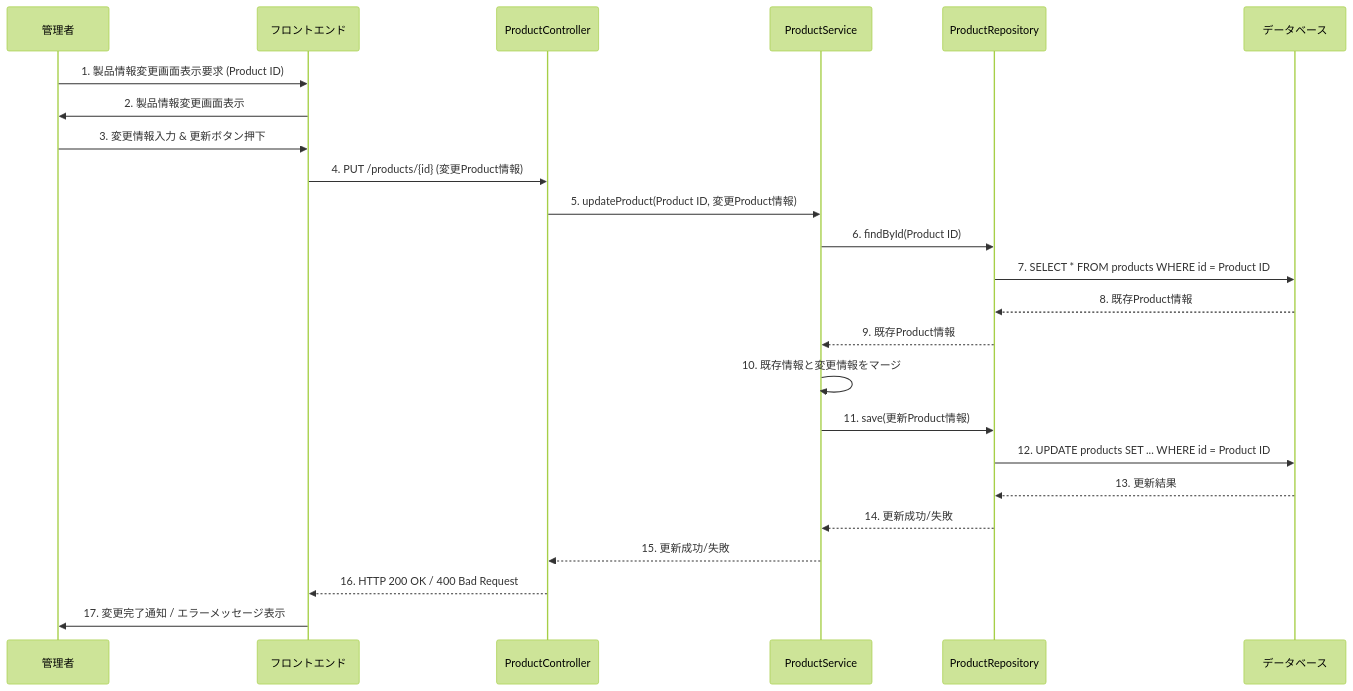
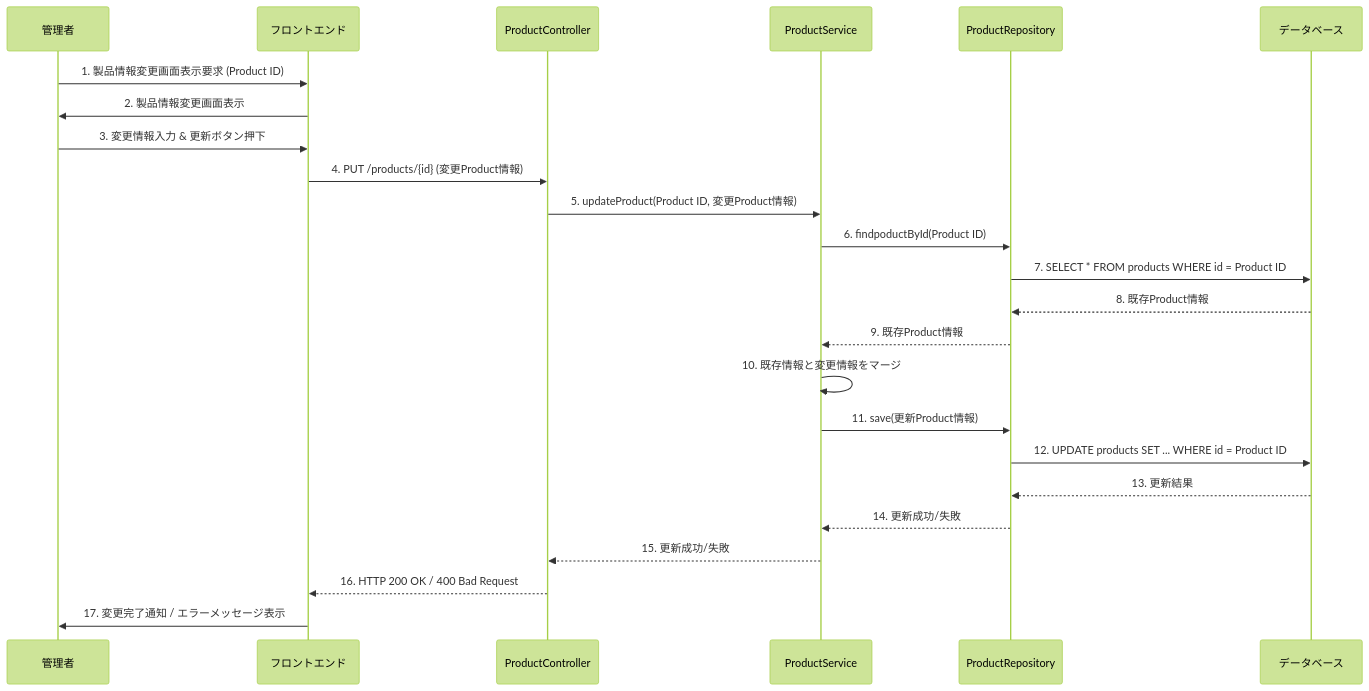
Before and after one commit to Hinako-Kimura127/neko: the eighth of 12 diagrams in 詳細設計/詳細設計.md, drawn with Mermaid (forest theme). The commit also changed other lines of this file, not shown here.

````diff
--- a/詳細設計/詳細設計.md
+++ b/詳細設計/詳細設計.md
@@ -340,27 +336,27 @@
 ```mermaid
 sequenceDiagram
     participant Admin as 管理者
     participant FE as フロントエンド
     participant PC as ProductController
     participant PS as ProductService
     participant PR as ProductRepository
     participant DB as データベース
  
     Admin->>FE: 1. 製品情報変更画面表示要求 (Product ID)
     FE->>Admin: 2. 製品情報変更画面表示
     Admin->>FE: 3. 変更情報入力 & 更新ボタン押下
     FE->>PC: 4.  PUT /products/{id} (変更Product情報)
     PC->>PS: 5. updateProduct(Product ID, 変更Product情報)
-    PS->>PR: 6. findById(Product ID)
+    PS->>PR: 6. findpoductById(Product ID)
     PR->>DB: 7. SELECT * FROM products WHERE id = Product ID
     DB-->>PR: 8. 既存Product情報
     PR-->>PS: 9. 既存Product情報
     PS->>PS: 10. 既存情報と変更情報をマージ
     PS->>PR: 11. save(更新Product情報)
     PR->>DB: 12. UPDATE products SET ... WHERE id = Product ID
     DB-->>PR: 13. 更新結果
     PR-->>PS: 14. 更新成功/失敗
     PS-->>PC: 15. 更新成功/失敗
     PC-->>FE: 16. HTTP 200 OK / 400 Bad Request
     FE->>Admin: 17. 変更完了通知 / エラーメッセージ表示
 ```
````
